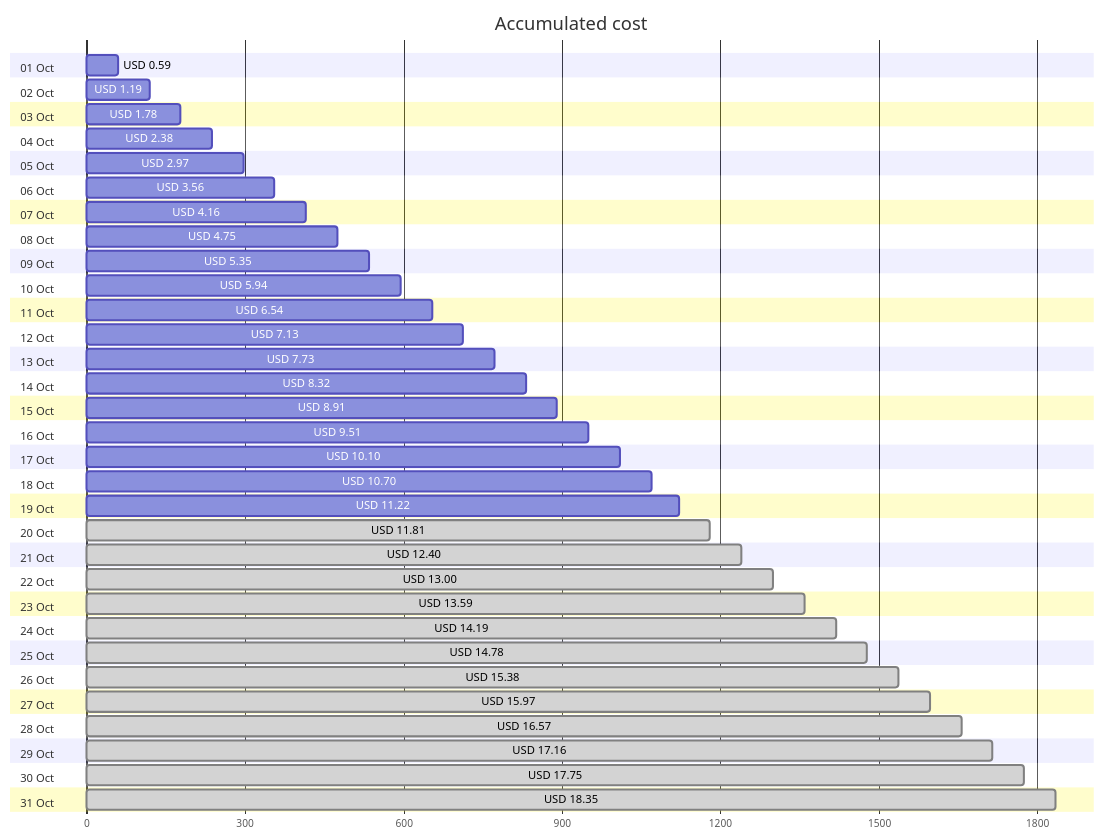
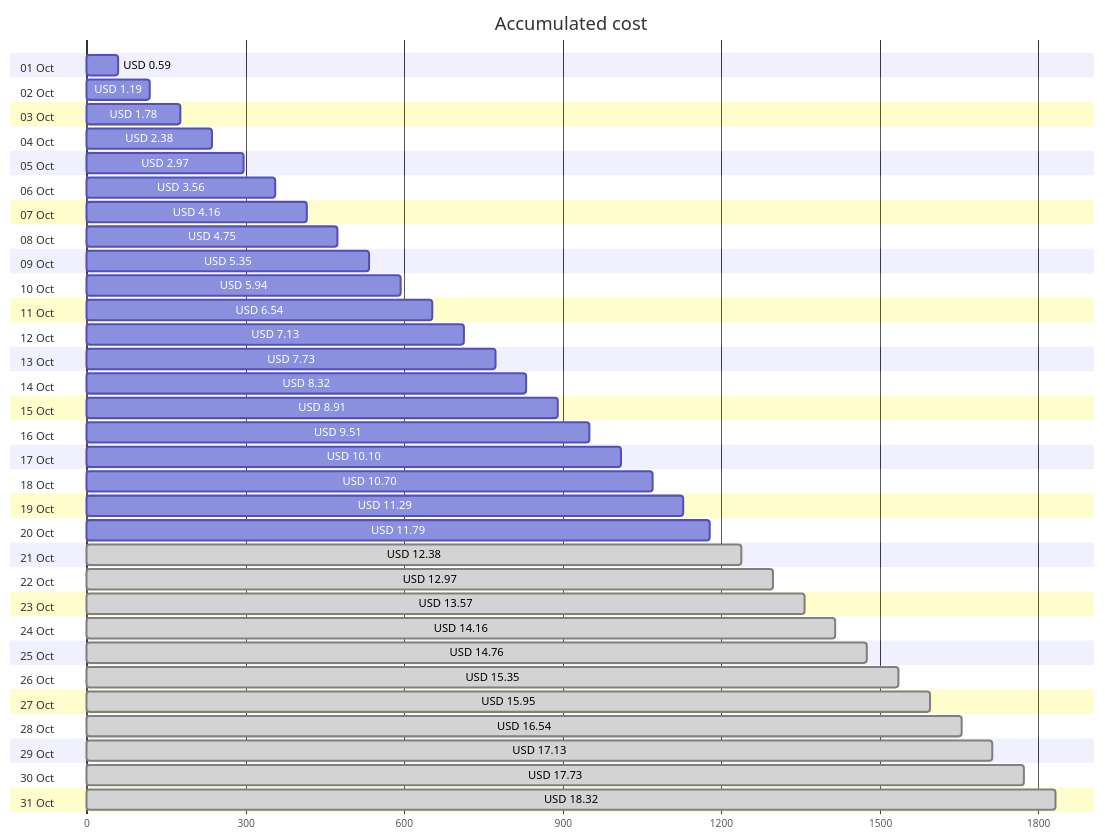
One commit to jpfulton/azure-personal-reports changed the first of 4 diagrams in cost-reports/personal-site/README.md. Above: the diagram before and after it, drawn with Mermaid. The commit also changed other lines of this file and 7 other files, not shown here.

````diff
--- a/cost-reports/personal-site/README.md
+++ b/cost-reports/personal-site/README.md
@@ -20,68 +20,68 @@
 ```mermaid
 gantt
    title Accumulated cost
    dateFormat  X
    axisFormat %s
    section 01 Oct
    USD 0.59 :0, 59
    section 02 Oct
    USD 1.19 :0, 119
    section 03 Oct
    USD 1.78 :0, 178
    section 04 Oct
    USD 2.38 :0, 238
    section 05 Oct
    USD 2.97 :0, 297
    section 06 Oct
    USD 3.56 :0, 356
    section 07 Oct
    USD 4.16 :0, 416
    section 08 Oct
    USD 4.75 :0, 475
    section 09 Oct
    USD 5.35 :0, 535
    section 10 Oct
    USD 5.94 :0, 594
    section 11 Oct
    USD 6.54 :0, 654
    section 12 Oct
    USD 7.13 :0, 713
    section 13 Oct
    USD 7.73 :0, 773
    section 14 Oct
    USD 8.32 :0, 832
    section 15 Oct
    USD 8.91 :0, 891
    section 16 Oct
    USD 9.51 :0, 951
    section 17 Oct
    USD 10.10 :0, 1010
    section 18 Oct
    USD 10.70 :0, 1070
    section 19 Oct
-   USD 11.22 :0, 1122
+   USD 11.29 :0, 1129
    section 20 Oct
-   USD 11.81 : done, 0, 1181
+   USD 11.79 :0, 1179
    section 21 Oct
-   USD 12.40 : done, 0, 1240
+   USD 12.38 : done, 0, 1238
    section 22 Oct
-   USD 13.00 : done, 0, 1300
+   USD 12.97 : done, 0, 1297
    section 23 Oct
-   USD 13.59 : done, 0, 1359
+   USD 13.57 : done, 0, 1357
    section 24 Oct
-   USD 14.19 : done, 0, 1419
+   USD 14.16 : done, 0, 1416
    section 25 Oct
-   USD 14.78 : done, 0, 1478
+   USD 14.76 : done, 0, 1476
    section 26 Oct
-   USD 15.38 : done, 0, 1538
+   USD 15.35 : done, 0, 1535
    section 27 Oct
-   USD 15.97 : done, 0, 1597
+   USD 15.95 : done, 0, 1595
    section 28 Oct
-   USD 16.57 : done, 0, 1657
+   USD 16.54 : done, 0, 1654
    section 29 Oct
-   USD 17.16 : done, 0, 1716
+   USD 17.13 : done, 0, 1713
    section 30 Oct
-   USD 17.75 : done, 0, 1775
+   USD 17.73 : done, 0, 1773
    section 31 Oct
-   USD 18.35 : done, 0, 1835
+   USD 18.32 : done, 0, 1832
 ```
````
